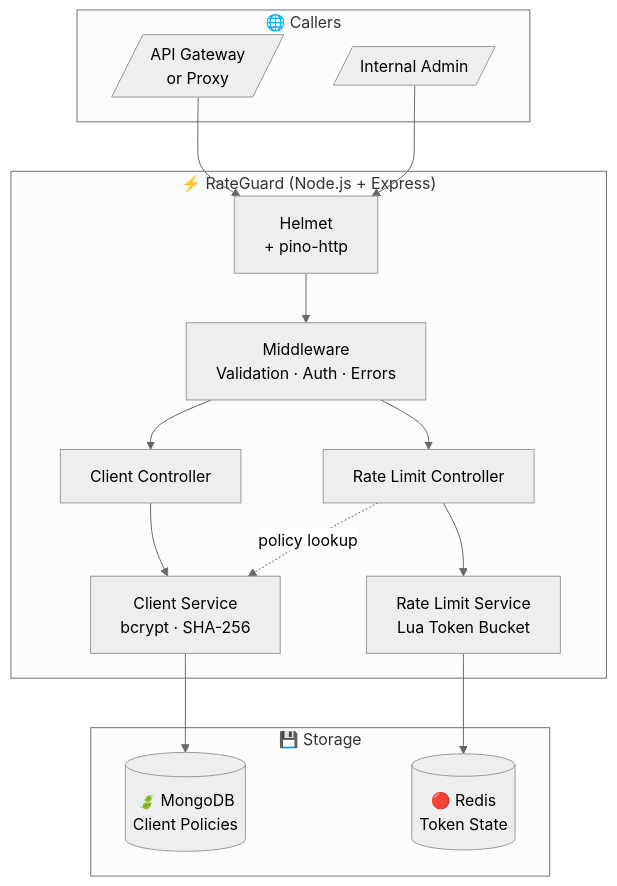
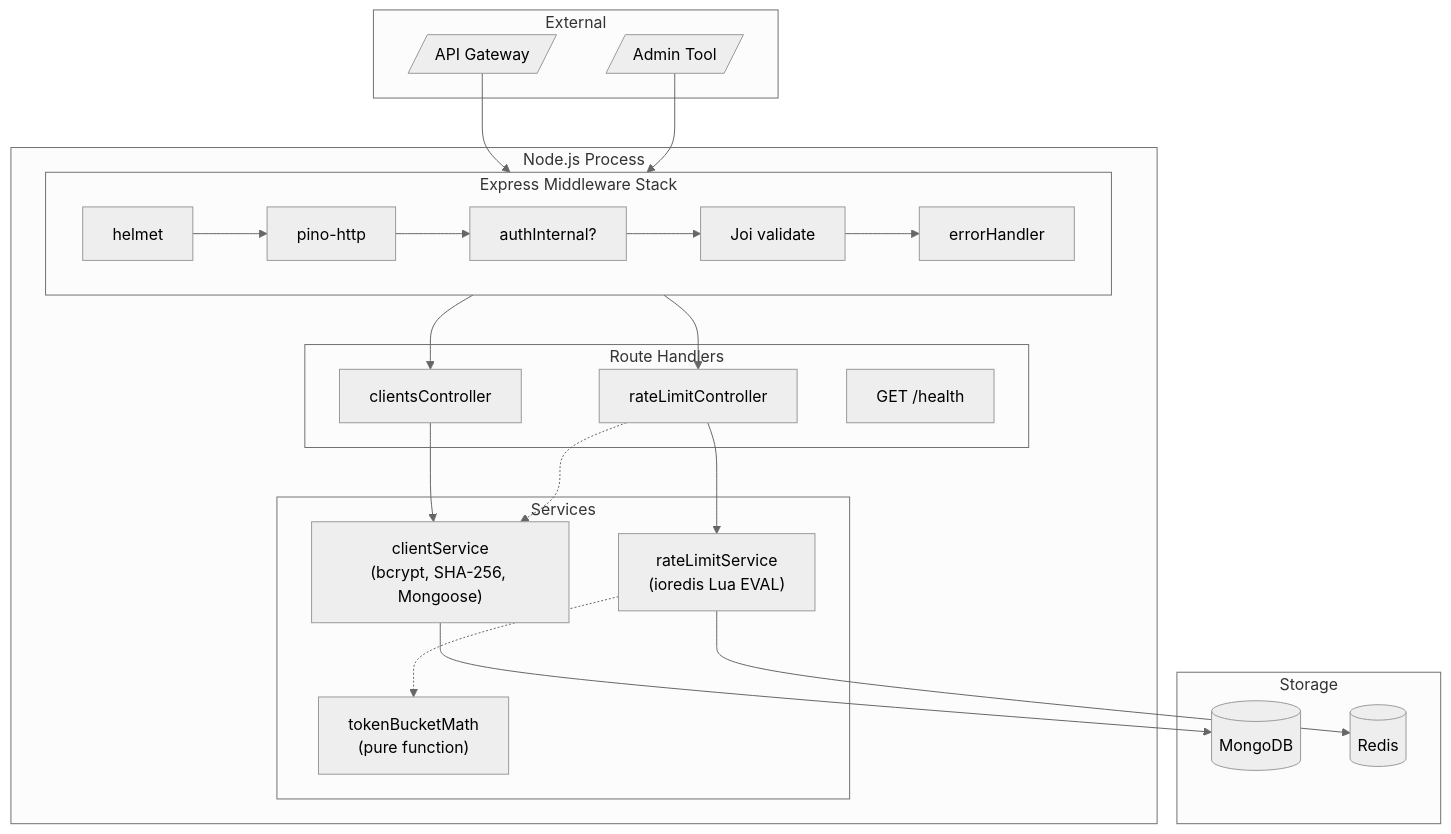
Before and after one commit to ramalokeshreddyp/RateGuard: the sixth of 16 diagrams in projectdocumentation.md, drawn with Mermaid (neutral theme). The commit also changed other lines of this file and 2 other files, not shown here.

Commit message:
docs: comprehensive rewrite of README, ARCHITECTURE, and projectdocumentation with rich MermaidJS diagrams

````diff
--- a/projectdocumentation.md
+++ b/projectdocumentation.md
@@ -76,25 +203,35 @@
 ```mermaid
 flowchart TB
-    subgraph Callers["🌐 Callers"]
-        GW[/"API Gateway\nor Proxy"/]
-        ADM[/"Internal Admin"/]
+    subgraph External
+        GW[/"API Gateway"/]
+        ADM[/"Admin Tool"/]
     end
 
-    subgraph Service["⚡ RateGuard (Node.js + Express)"]
-        HL["Helmet\n+ pino-http"] --> MW
-        MW["Middleware\nValidation · Auth · Errors"]
-        MW --> CC["Client Controller"]
-        MW --> RC["Rate Limit Controller"]
-        CC --> CS["Client Service\nbcrypt · SHA-256"]
-        RC --> RLS["Rate Limit Service\nLua Token Bucket"]
-        RC -.->|policy lookup| CS
+    subgraph Node["Node.js Process"]
+        subgraph MW["Express Middleware Stack"]
+            H["helmet"] --> P["pino-http"] --> A["authInternal?"] --> V["Joi validate"] --> EH["errorHandler"]
+        end
+
+        subgraph Core["Route Handlers"]
+            CC["clientsController"]
+            RC["rateLimitController"]
+            HC["GET /health"]
+        end
+
+        subgraph SVC["Services"]
+            CS["clientService\n(bcrypt, SHA-256, Mongoose)"]
+            RLS["rateLimitService\n(ioredis Lua EVAL)"]
+            TBM["tokenBucketMath\n(pure function)"]
+        end
     end
 
-    subgraph Storage["💾 Storage"]
-        CS --> MDB[("🍃 MongoDB\nClient Policies")]
-        RLS --> RDS[("🔴 Redis\nToken State")]
+    subgraph Storage
+        MDB[("MongoDB")]
+        RDS[("Redis")]
     end
 
-    GW  --> HL
-    ADM --> HL
+    GW --> MW --> RC --> RLS --> RDS
+    ADM --> MW --> CC --> CS --> MDB
+    RC -.-> CS
+    RLS -.-> TBM
 ```
````
